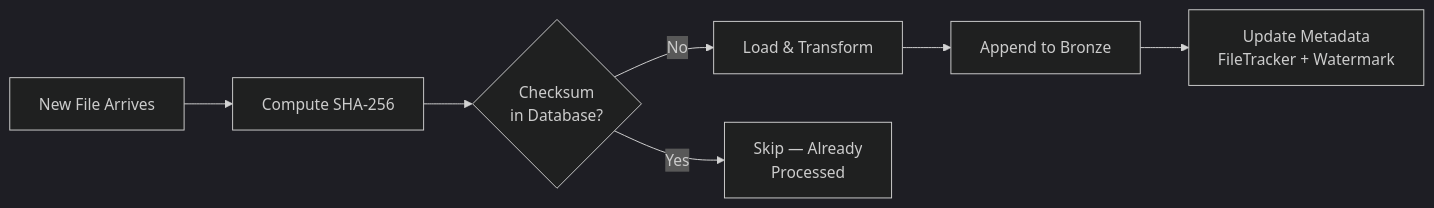
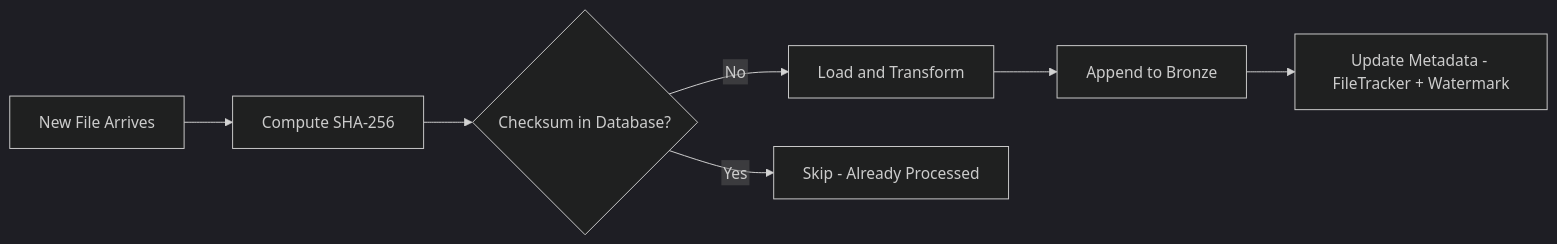
Before and after one commit to ojeshwigautam/DataLakehouse-Platform: the fourth of 7 diagrams in README.md, drawn with Mermaid (dark theme). The commit also changed other lines of this file and 3 other files, not shown here.

Commit message:
docs: add comprehensive project documentation and architecture guides

````diff
--- a/README.md
+++ b/README.md
@@ -602,9 +608,10 @@
 ```mermaid
+%%{init: {"flowchart": {"htmlLabels": false}} }%%
 flowchart LR
     A[New File Arrives] --> B[Compute SHA-256]
-    B --> C{Checksum<br/>in Database?}
-    C -->|No| D[Load & Transform]
-    C -->|Yes| E[Skip — Already<br/>Processed]
+    B --> C{Checksum in Database?}
+    C -->|No| D[Load and Transform]
+    C -->|Yes| E[Skip - Already Processed]
     D --> F[Append to Bronze]
-    F --> G[Update Metadata<br/>FileTracker + Watermark]
+    F --> G[Update Metadata - FileTracker + Watermark]
 ```
````
